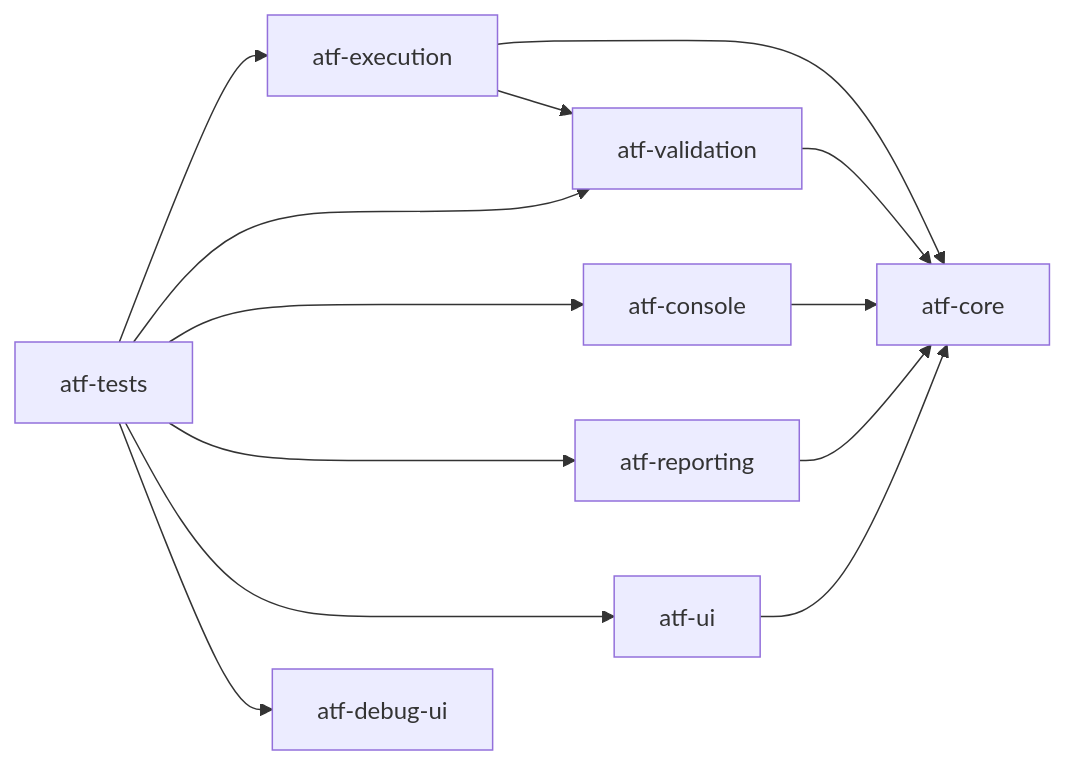
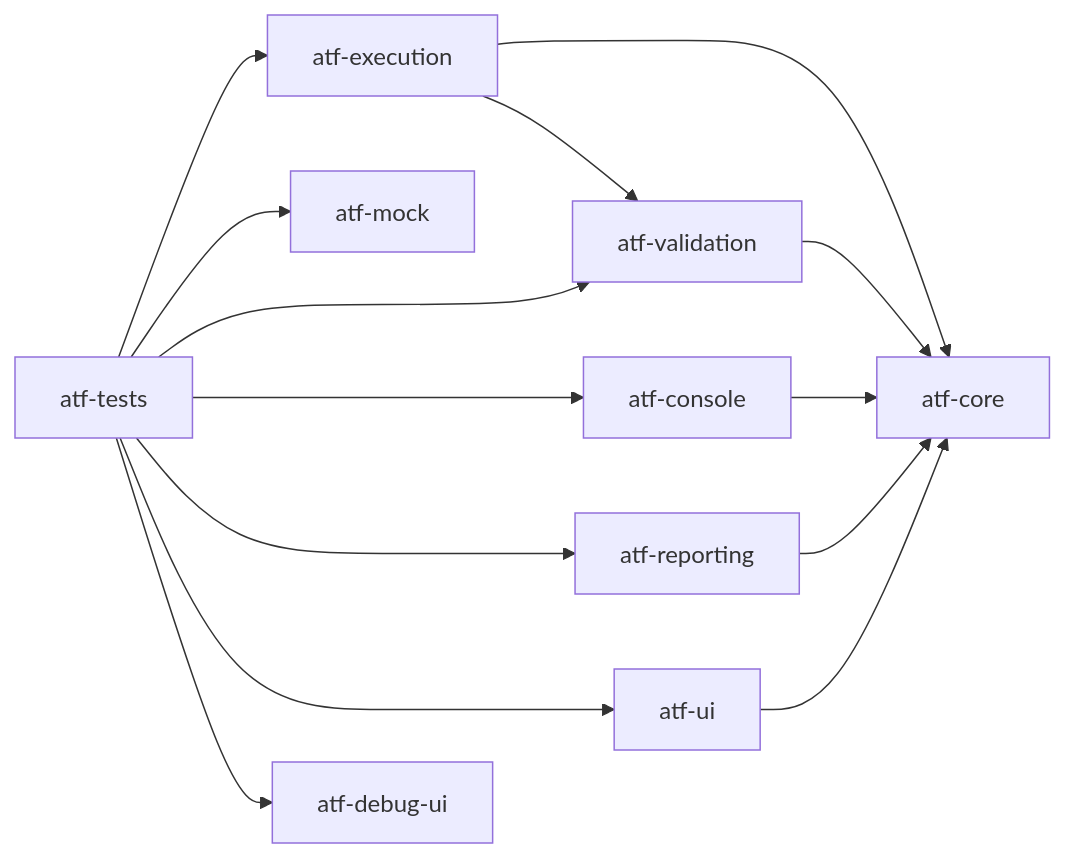
The second of 4 diagrams in README.md (crististefanita/demo2), drawn with Mermaid before and after one commit. The commit also changed other lines of this file and 51 other files, not shown here.

````diff
--- a/README.md
+++ b/README.md
@@ -105,15 +105,16 @@
 ```mermaid
 flowchart LR
     Tests[atf-tests] --> Execution[atf-execution]
+    Tests --> Mock[atf-mock]
     Tests --> Validation[atf-validation]
     Tests --> Console[atf-console]
     Tests --> Reporting[atf-reporting]
     Tests --> Ui[atf-ui]
     Tests --> DebugUi[atf-debug-ui]
     Execution --> Core[atf-core]
     Execution --> Validation
     Validation --> Core
     Console --> Core
     Reporting --> Core
     Ui --> Core
 ```
````
